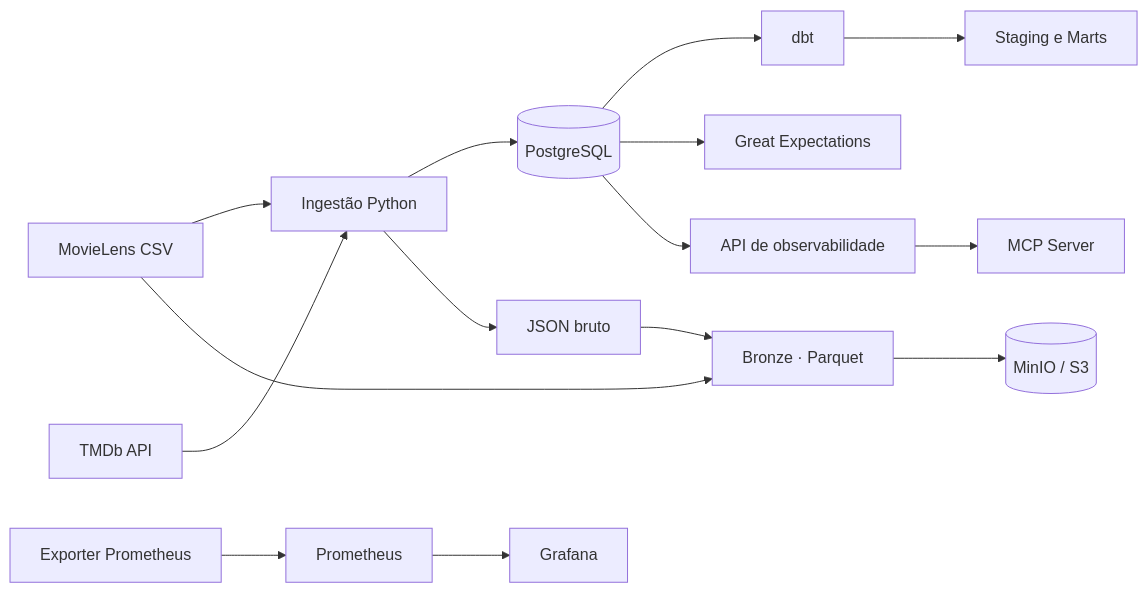
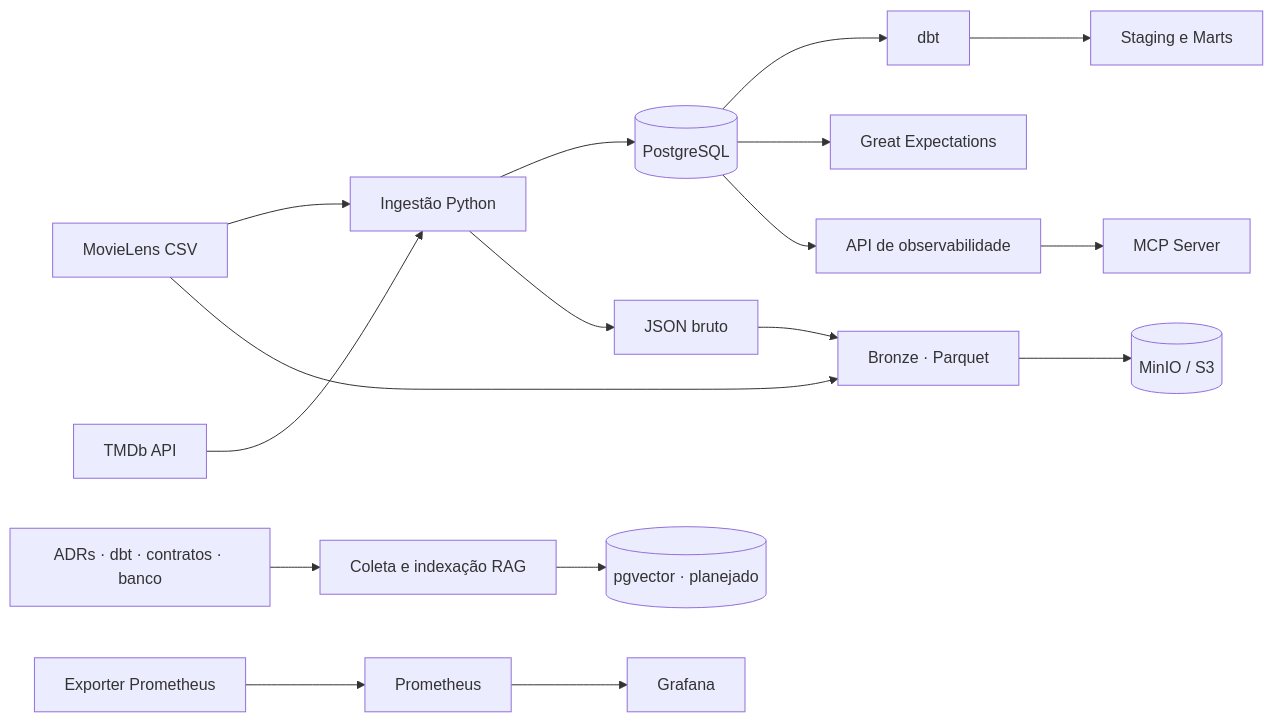
The diagram in README.md (CostaPaiiva/CineLake-AI), drawn with Mermaid before and after one commit. The commit also changed other lines of this file, not shown here.

````diff
--- a/README.md
+++ b/README.md
@@ -25,17 +25,19 @@
 ```mermaid
 flowchart LR
     ML[MovieLens CSV] --> ING[Ingestão Python]
     TMDB[TMDb API] --> ING
     ING --> PG[(PostgreSQL)]
     ING --> RAW[JSON bruto]
     ML --> BRONZE[Bronze · Parquet]
     RAW --> BRONZE
     BRONZE --> MINIO[(MinIO / S3)]
     PG --> DBT[dbt]
     DBT --> MARTS[Staging e Marts]
     PG --> GE[Great Expectations]
     PG --> OBS[API de observabilidade]
     OBS --> MCP[MCP Server]
+    DOCS[ADRs · dbt · contratos · banco] --> RAG[Coleta e indexação RAG]
+    RAG --> VDB[(pgvector · planejado)]
     EXP[Exporter Prometheus] --> PROM[Prometheus]
     PROM --> GRAF[Grafana]
 ```
````
